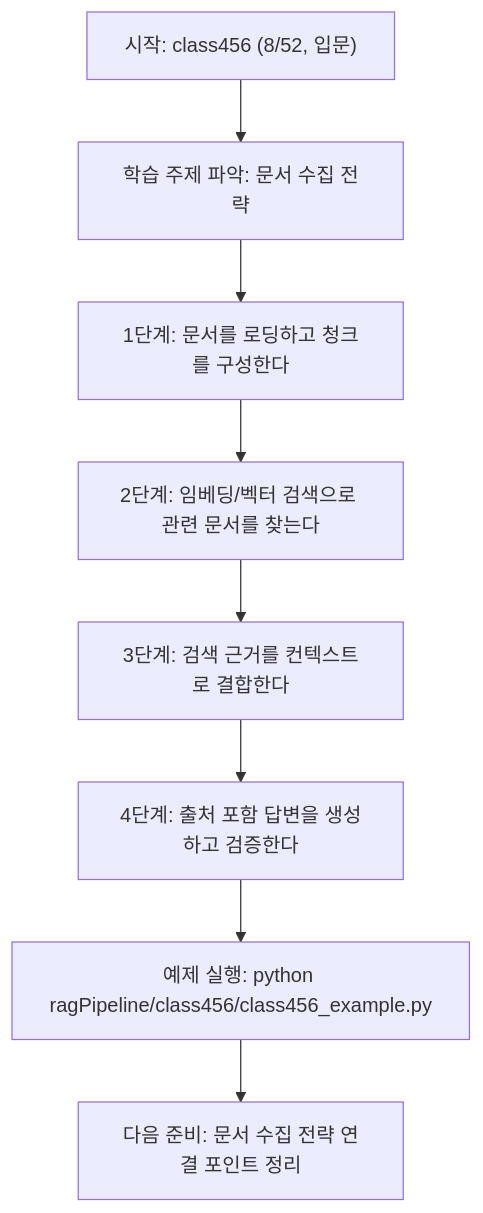
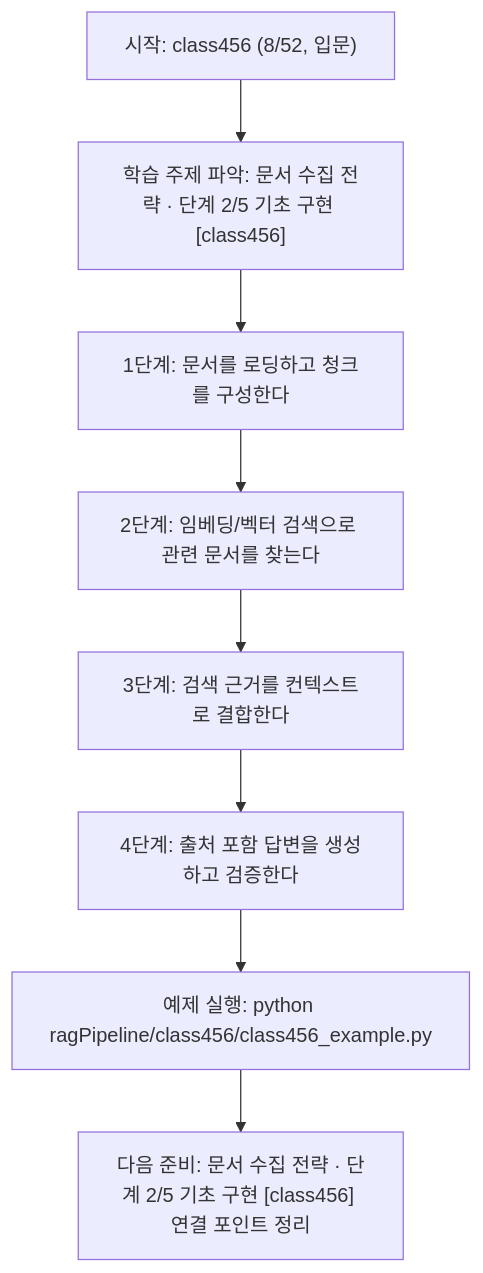
One commit to edumgt/Python-AI_Agent-Class changed the diagram in ragPipeline/class456/class456.md. Above: the diagram before and after it, drawn with Mermaid. The commit also changed other lines of this file and 522 other files, not shown here.

````diff
--- a/ragPipeline/class456/class456.md
+++ b/ragPipeline/class456/class456.md
@@ -110,18 +111,18 @@
 ```mermaid
 flowchart TD
 N1["시작: class456 (8/52, 입문)"]
-N2["학습 주제 파악: 문서 수집 전략"]
+N2["학습 주제 파악: 문서 수집 전략 · 단계 2/5 기초 구현 [class456]"]
 N3["1단계: 문서를 로딩하고 청크를 구성한다"]
 N4["2단계: 임베딩/벡터 검색으로 관련 문서를 찾는다"]
 N5["3단계: 검색 근거를 컨텍스트로 결합한다"]
 N6["4단계: 출처 포함 답변을 생성하고 검증한다"]
 N7["예제 실행: python ragPipeline/class456/class456_example.py"]
-N8["다음 준비: 문서 수집 전략 연결 포인트 정리"]
+N8["다음 준비: 문서 수집 전략 · 단계 2/5 기초 구현 [class456] 연결 포인트 정리"]
 N1 --> N2
 N2 --> N3
 N3 --> N4
 N4 --> N5
 N5 --> N6
 N6 --> N7
 N7 --> N8
 ```
````
